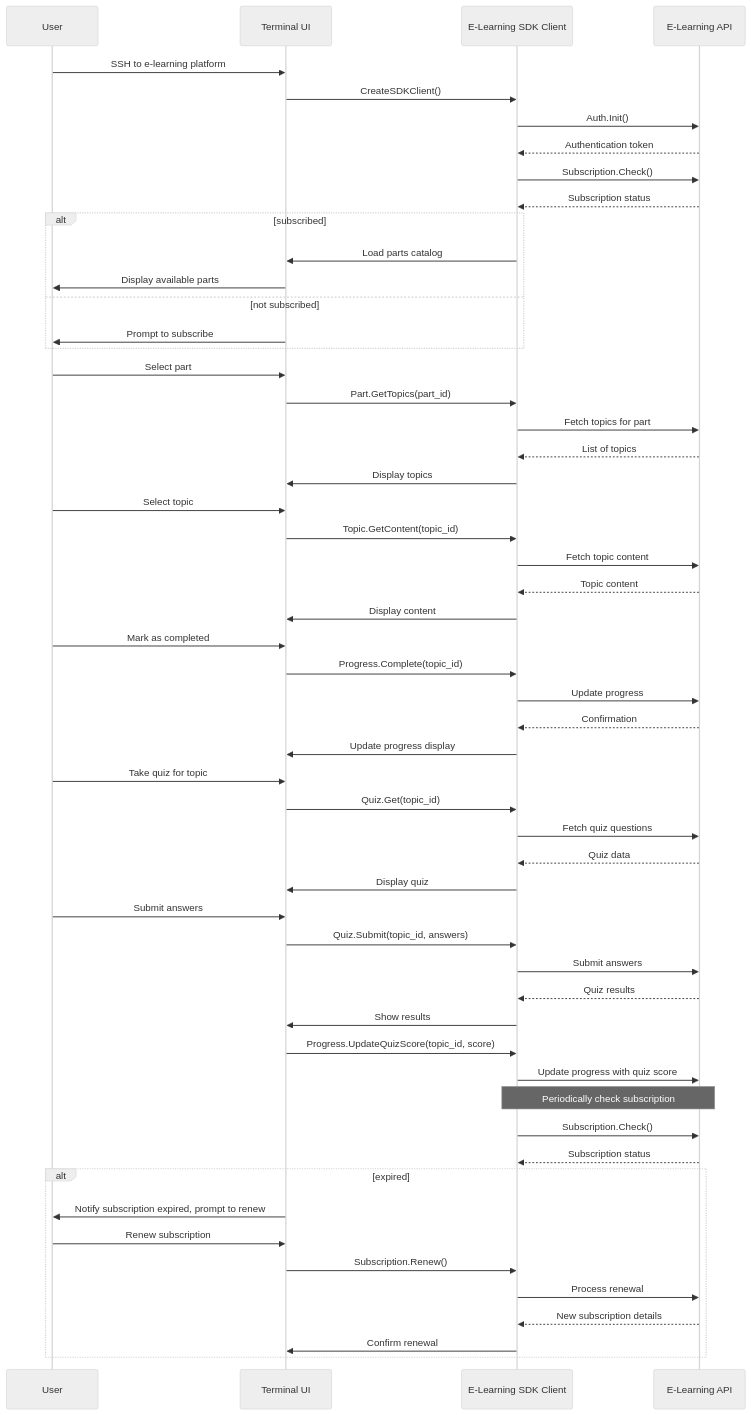
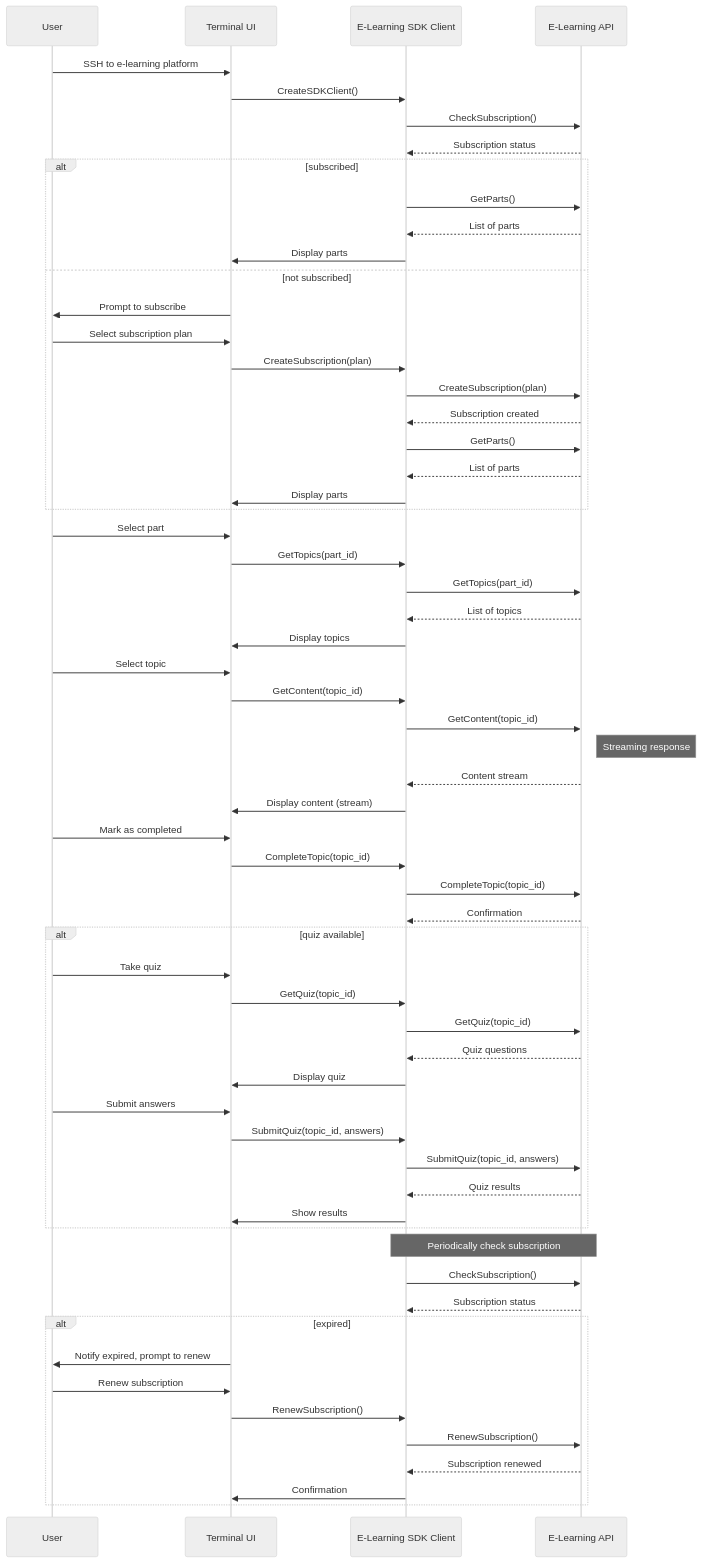
The diagram in README.md (jakemckenzie/terminaldotdeal), drawn with Mermaid (neutral theme) before and after one commit. The commit also changed other lines of this file, not shown here.

Commit message:
chore:added small details to api spec

````diff
--- a/README.md
+++ b/README.md
@@ -61,62 +61,67 @@
 ```mermaid
 sequenceDiagram
     participant User
     participant UI as Terminal UI
     participant SDK as E-Learning SDK Client
     participant API as E-Learning API
 
     User->>UI: SSH to e-learning platform
     UI->>SDK: CreateSDKClient()
-    SDK->>API: Auth.Init()
-    API-->>SDK: Authentication token
-    SDK->>API: Subscription.Check()
+    SDK->>API: CheckSubscription()
     API-->>SDK: Subscription status
     alt subscribed
-        SDK->>UI: Load parts catalog
-        UI->>User: Display available parts
+        SDK->>API: GetParts()
+        API-->>SDK: List of parts
+        SDK->>UI: Display parts
     else not subscribed
         UI->>User: Prompt to subscribe
+        User->>UI: Select subscription plan
+        UI->>SDK: CreateSubscription(plan)
+        SDK->>API: CreateSubscription(plan)
+        API-->>SDK: Subscription created
+        SDK->>API: GetParts()
+        API-->>SDK: List of parts
+        SDK->>UI: Display parts
     end
 
     User->>UI: Select part
-    UI->>SDK: Part.GetTopics(part_id)
-    SDK->>API: Fetch topics for part
+    UI->>SDK: GetTopics(part_id)
+    SDK->>API: GetTopics(part_id)
     API-->>SDK: List of topics
     SDK->>UI: Display topics
     User->>UI: Select topic
-    UI->>SDK: Topic.GetContent(topic_id)
-    SDK->>API: Fetch topic content
-    API-->>SDK: Topic content
-    SDK->>UI: Display content
+    UI->>SDK: GetContent(topic_id)
+    SDK->>API: GetContent(topic_id)
+    note right of API: Streaming response
+    API-->>SDK: Content stream
+    SDK->>UI: Display content (stream)
+    User->>UI: Mark as completed
+    UI->>SDK: CompleteTopic(topic_id)
+    SDK->>API: CompleteTopic(topic_id)
+    API-->>SDK: Confirmation
 
-    User->>UI: Mark as completed
-    UI->>SDK: Progress.Complete(topic_id)
-    SDK->>API: Update progress
-    API-->>SDK: Confirmation
-    SDK->>UI: Update progress display
-
-    User->>UI: Take quiz for topic
-    UI->>SDK: Quiz.Get(topic_id)
-    SDK->>API: Fetch quiz questions
-    API-->>SDK: Quiz data
-    SDK->>UI: Display quiz
-    User->>UI: Submit answers
-    UI->>SDK: Quiz.Submit(topic_id, answers)
-    SDK->>API: Submit answers
-    API-->>SDK: Quiz results
-    SDK->>UI: Show results
-    UI->>SDK: Progress.UpdateQuizScore(topic_id, score)
-    SDK->>API: Update progress with quiz score
+    alt quiz available
+        User->>UI: Take quiz
+        UI->>SDK: GetQuiz(topic_id)
+        SDK->>API: GetQuiz(topic_id)
+        API-->>SDK: Quiz questions
+        SDK->>UI: Display quiz
+        User->>UI: Submit answers
+        UI->>SDK: SubmitQuiz(topic_id, answers)
+        SDK->>API: SubmitQuiz(topic_id, answers)
+        API-->>SDK: Quiz results
+        SDK->>UI: Show results
+    end
 
     note over SDK,API: Periodically check subscription
-    SDK->>API: Subscription.Check()
+    SDK->>API: CheckSubscription()
     API-->>SDK: Subscription status
     alt expired
-        UI->>User: Notify subscription expired, prompt to renew
+        UI->>User: Notify expired, prompt to renew
         User->>UI: Renew subscription
-        UI->>SDK: Subscription.Renew()
-        SDK->>API: Process renewal
-        API-->>SDK: New subscription details
-        SDK->>UI: Confirm renewal
+        UI->>SDK: RenewSubscription()
+        SDK->>API: RenewSubscription()
+        API-->>SDK: Subscription renewed
+        SDK->>UI: Confirmation
     end
 ```
````
